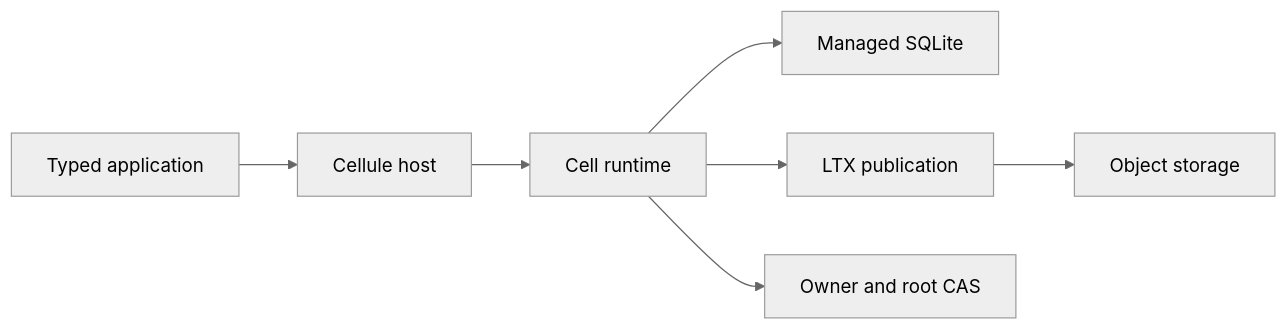
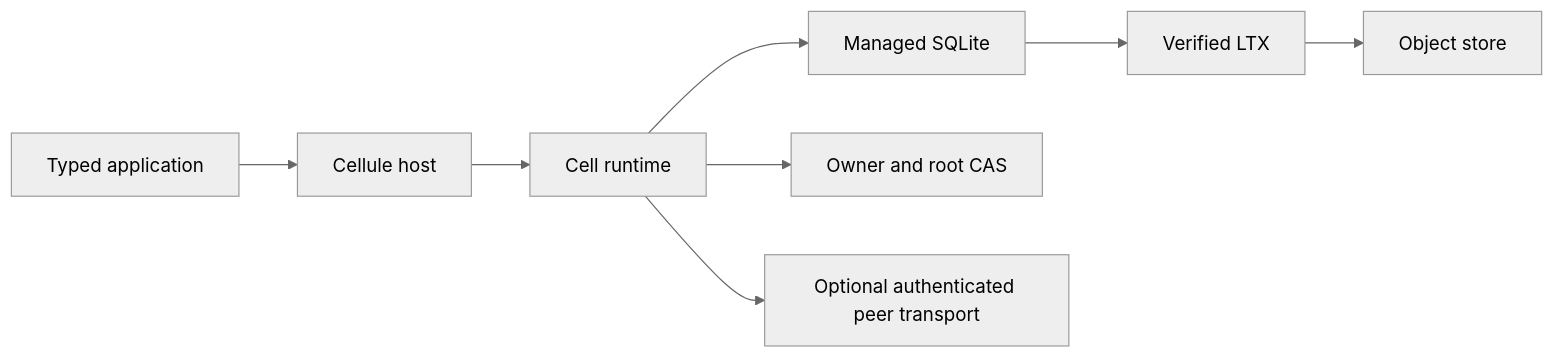
One commit to andypeng2015/cellule changed the first of 2 diagrams in README.md. Above: the diagram before and after it, drawn with Mermaid (neutral theme). The commit also changed other lines of this file and 181 other files, not shown here.

````diff
--- a/README.md
+++ b/README.md
@@ -7,9 +8,10 @@
 ```mermaid
 flowchart LR
-    Application[Typed application] --> Host[Cellule host]
+    App[Typed application] --> Host[Cellule host]
     Host --> Runtime[Cell runtime]
     Runtime --> SQLite[Managed SQLite]
-    Runtime --> LTX[LTX publication]
-    LTX --> Objects[Object storage]
+    SQLite --> LTX[Verified LTX]
+    LTX --> Store[Object store]
     Runtime --> Authority[Owner and root CAS]
+    Runtime --> Peer[Optional authenticated peer transport]
 ```
````
